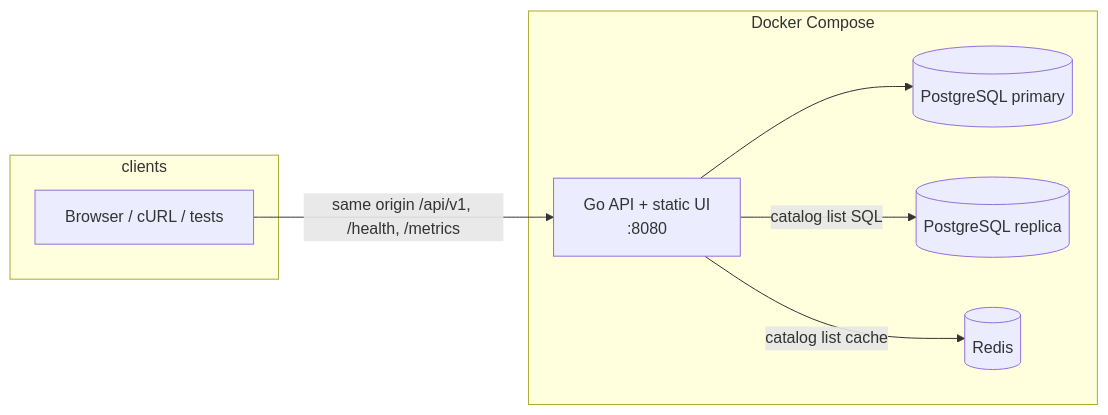
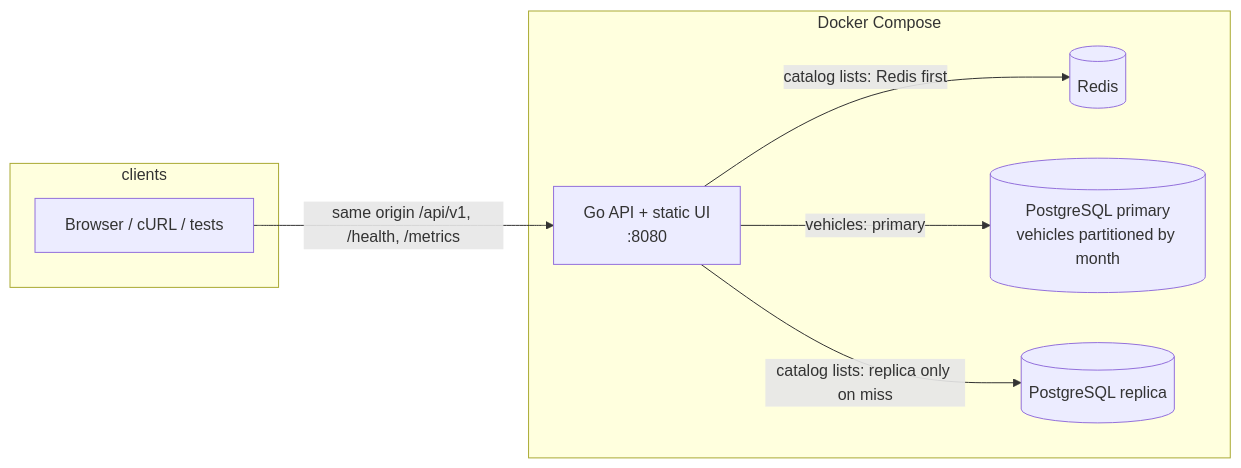
The first of 4 diagrams in docs/SYSTEM_DESIGN.md (nghialthanh/inventory_dashboard), drawn with Mermaid before and after one commit. The commit also changed other lines of this file and 2 other files, not shown here.

````diff
--- a/docs/SYSTEM_DESIGN.md
+++ b/docs/SYSTEM_DESIGN.md
@@ -15,16 +15,16 @@
 ```mermaid
 flowchart LR
   subgraph clients
     Browser[Browser / cURL / tests]
   end
   subgraph compose["Docker Compose"]
     API["Go API + static UI\n:8080"]
-    PG[(PostgreSQL primary)]
+    Redis[(Redis)]
+    PG[("PostgreSQL primary\nvehicles partitioned by month")]
     PGR[(PostgreSQL replica)]
-    Redis[(Redis)]
   end
   Browser -->|same origin /api/v1, /health, /metrics| API
-  API --> PG
-  API -->|catalog list SQL| PGR
-  API -->|catalog list cache| Redis
+  API -->|catalog lists: Redis first| Redis
+  API -->|catalog lists: replica only on miss| PGR
+  API -->|vehicles: primary| PG
 ```
````
